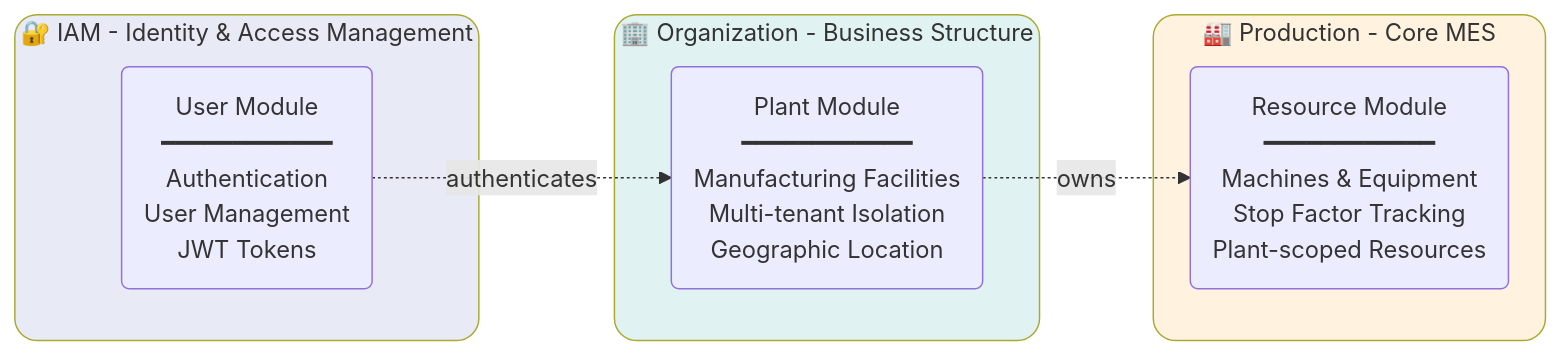
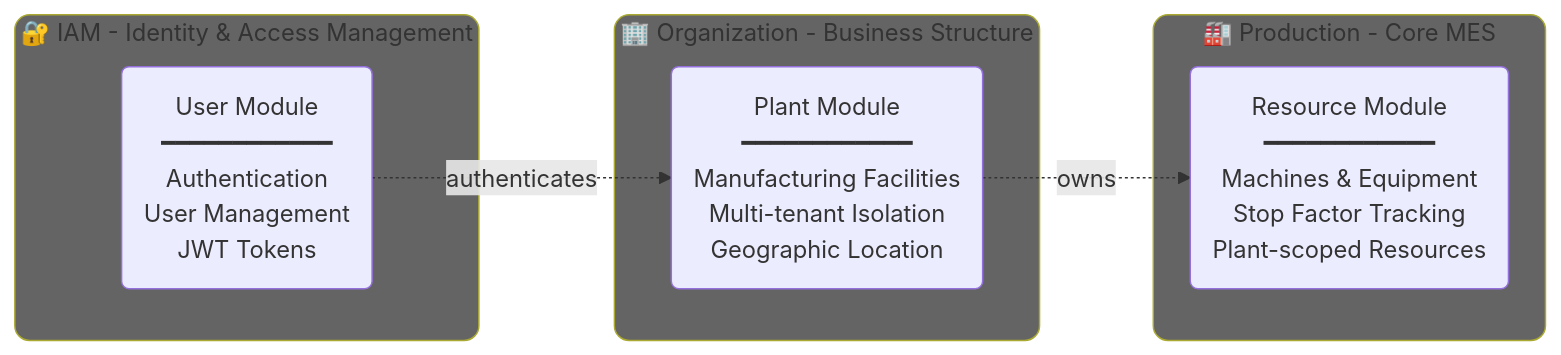
The second of 3 diagrams in README.md (davidgaspardev/usermes-backend), drawn with Mermaid before and after one commit. The commit also changed other lines of this file, not shown here.

````diff
--- a/README.md
+++ b/README.md
@@ -81,25 +81,25 @@
 ```mermaid
 graph LR
     subgraph IAM["🔐 IAM - Identity & Access Management"]
         USER(User Module<br/>━━━━━━━━━━━━<br/>Authentication<br/>User Management<br/>JWT Tokens)
     end
     
     subgraph ORG["🏢 Organization - Business Structure"]
         PLANT(Plant Module<br/>━━━━━━━━━━━━<br/>Manufacturing Facilities<br/>Multi-tenant Isolation<br/>Geographic Location)
     end
     
     subgraph PROD["🏭 Production - Core MES"]
         RES(Resource Module<br/>━━━━━━━━━━━━<br/>Machines & Equipment<br/>Stop Factor Tracking<br/>Plant-scoped Resources)
     end
     
     USER -.->|authenticates| PLANT
     PLANT -.->|owns| RES
 
-    style IAM rx:15px,ry:15px
-    style ORG rx:15px,ry:15px
-    style PROD rx:15px,ry:15px
+    style IAM rx:10px,ry:10px
+    style ORG rx:10px,ry:10px
+    style PROD rx:10px,ry:10px
     
-    style IAM fill:#e8eaf6
-    style ORG fill:#e0f2f1
-    style PROD fill:#fff3e0
+    style IAM fill:#646464
+    style ORG fill:#646464
+    style PROD fill:#646464
 ```
````
